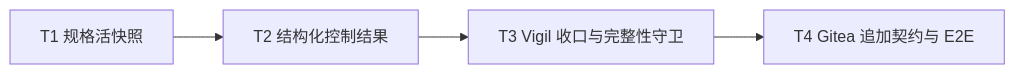
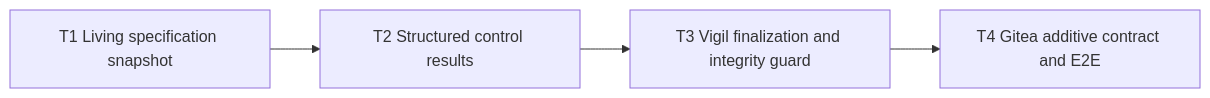
One commit to Curry09/OpenAgents changed the diagram in docs/specs/0075-needs-human-label-integrity.md. Above: the diagram before and after it, drawn with Mermaid. The commit also changed other lines of this file and 461 other files, not shown here.

````diff
--- a/docs/specs/0075-needs-human-label-integrity.md
+++ b/docs/specs/0075-needs-human-label-integrity.md
@@ -211,10 +211,10 @@
 ```mermaid
 graph LR
-  T1[T1 规格活快照]
-  T2[T2 结构化控制结果]
-  T3[T3 Vigil 收口与完整性守卫]
-  T4[T4 Gitea 追加契约与 E2E]
+  T1[T1 Living specification snapshot]
+  T2[T2 Structured control results]
+  T3[T3 Vigil finalization and integrity guard]
+  T4[T4 Gitea additive contract and E2E]
   T1 --> T2
   T2 --> T3
   T3 --> T4
 ```
````
